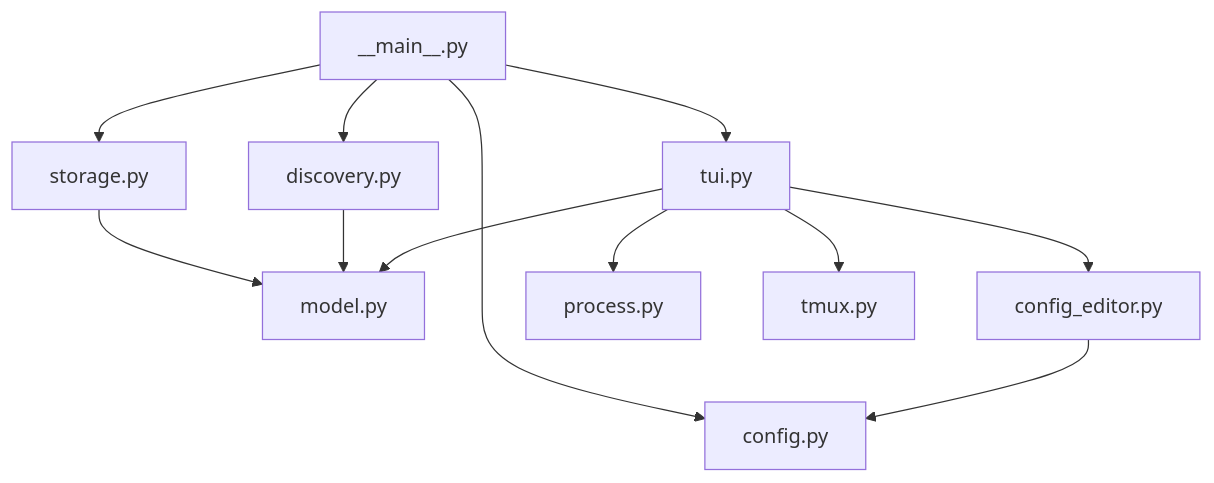
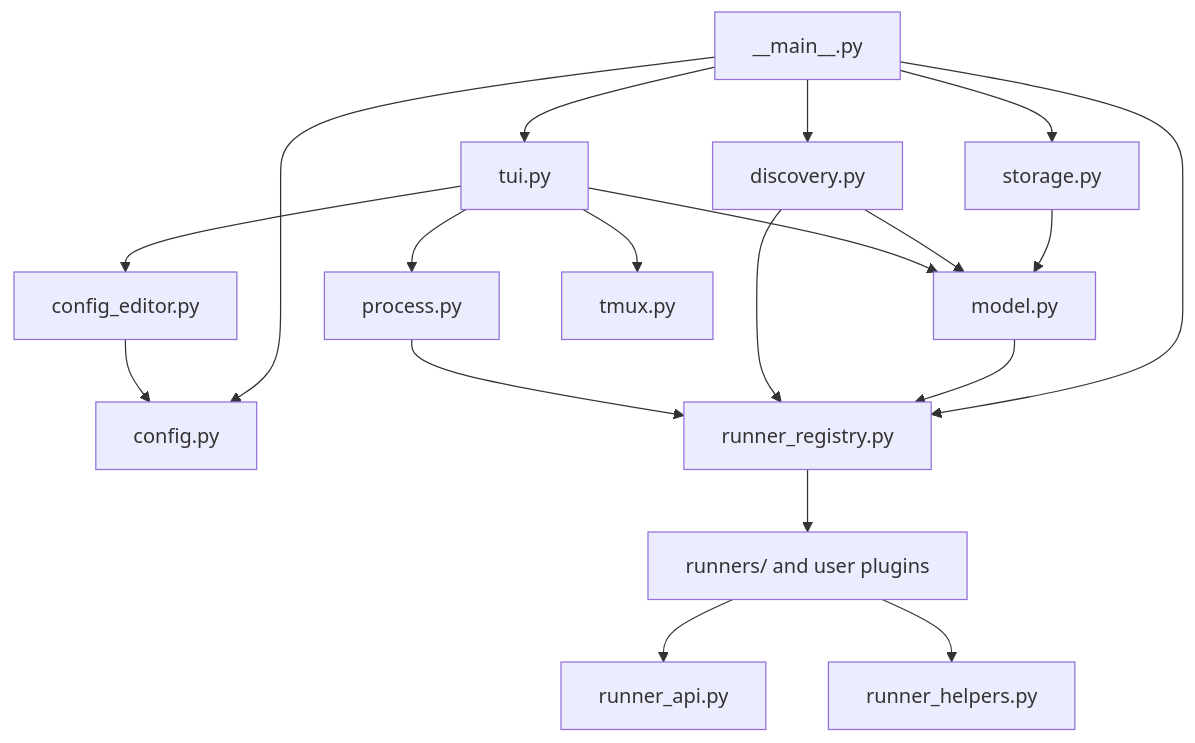
One commit to FuzzyBroccoli/aisema changed the diagram in session-manager-specs.md. Above: the diagram before and after it, drawn with Mermaid. The commit also changed other lines of this file and 23 other files, not shown here.

First line of the commit message:
Add drop-in runner plugins and extract built-in runners

````diff
--- a/session-manager-specs.md
+++ b/session-manager-specs.md
@@ -33,14 +33,21 @@
 ```mermaid
 flowchart TD
     CLI[__main__.py] --> STORAGE[storage.py]
     CLI --> DISC[discovery.py]
     CLI --> CONFIG[config.py]
     CLI --> TUI[tui.py]
+    CLI --> REGISTRY[runner_registry.py]
+    REGISTRY --> RUNNERS[runners/ and user plugins]
+    RUNNERS --> API[runner_api.py]
+    RUNNERS --> HELPERS[runner_helpers.py]
     STORAGE --> MODEL[model.py]
     DISC --> MODEL
+    MODEL --> REGISTRY
+    DISC --> REGISTRY
     TUI --> MODEL
     TUI --> CONFIG_EDITOR[config_editor.py]
     TUI --> PROCESS[process.py]
+    PROCESS --> REGISTRY
     TUI --> TMUX[tmux.py]
     CONFIG_EDITOR --> CONFIG
 ```
````
